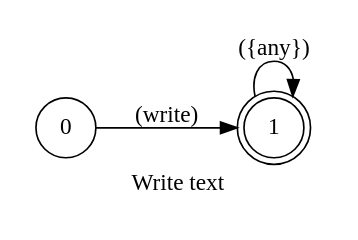
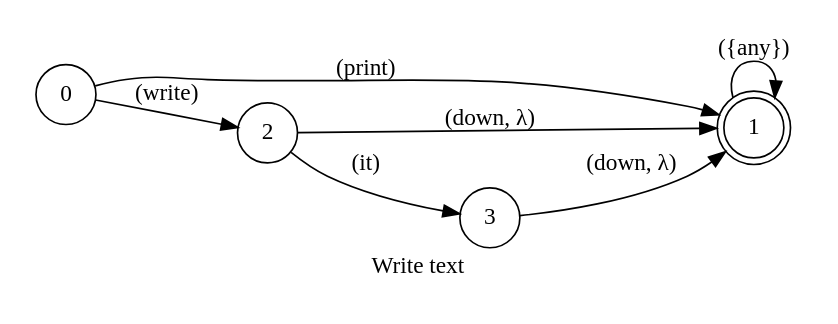
One commit to pedrooaugusto/speech-to-code changed the diagram in spoken/src/modules/typescript/write/phrase_en-US.dot. Above: the diagram before and after it, drawn with Graphviz. The commit also changed 24 other files, not shown here.

```diff
--- a/spoken/src/modules/typescript/write/phrase_en-US.dot
+++ b/spoken/src/modules/typescript/write/phrase_en-US.dot
@@ -1,16 +1,20 @@
 digraph Write {
     id="write";
     label="Write text";
     lang="en-US";
     langName="English";
     pad="0.2";
     rankdir=LR;
     node[shape=doublecircle]; 1;
     node[shape=circle];
 
-    0 -> 1 [label="(write)"];
+    0 -> 1 [label="(print)"];
+    0 -> 2 [label="(write)"];
+    2 -> 1 [label="(down, λ)"];
+    2 -> 3 [label="(it)"];
+    3 -> 1 [label="(down, λ)"];
     1 -> 1 [label="({any})", store=text];
 
     title="Write text";
     desc="Write some text in the editor";
 }
```
